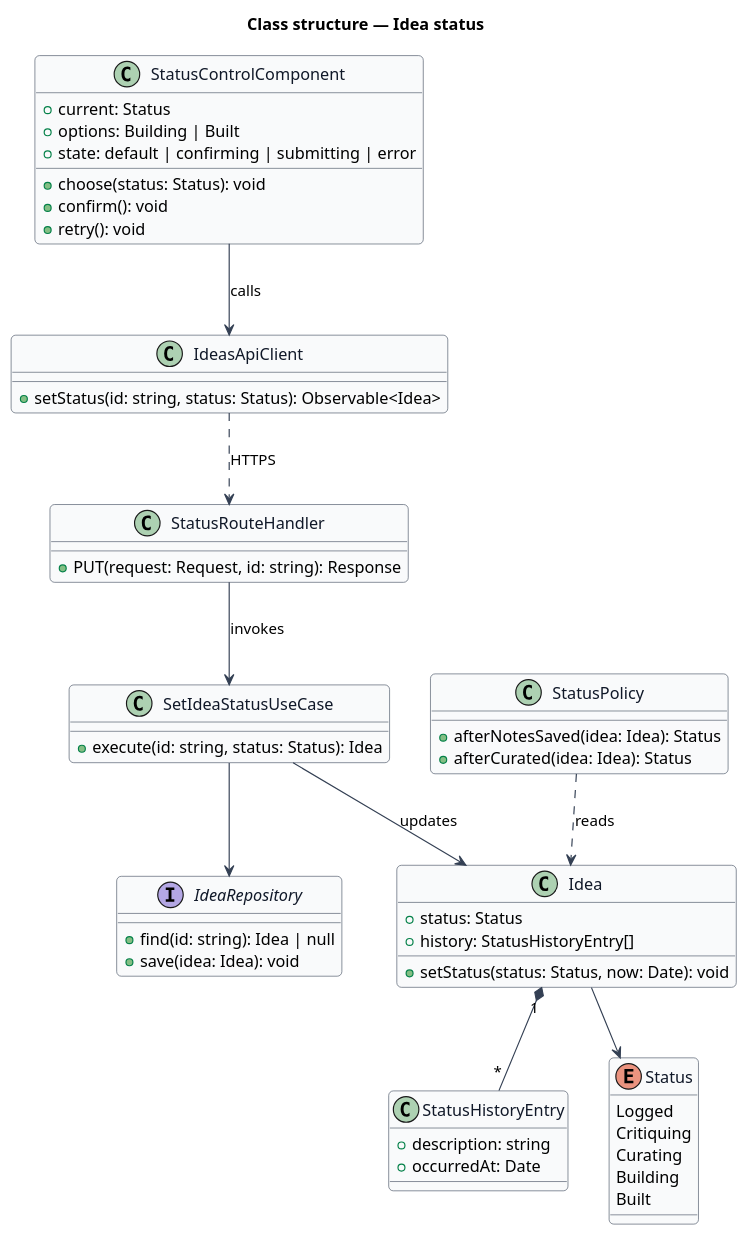
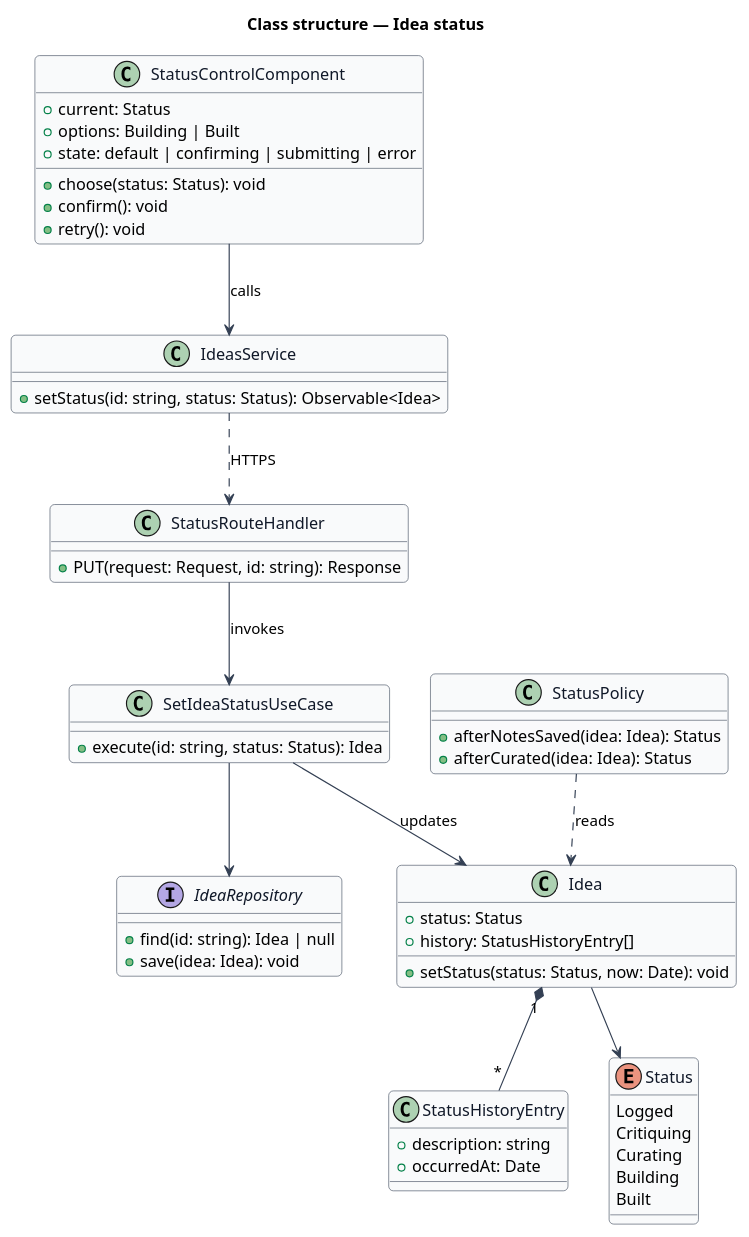
The diagram in docs/detailed-designs/ideas/idea-status/diagrams/class-structure.puml (QuinntyneBrown/cullr), drawn with PlantUML before and after one commit. The commit also changed 231 other files, not shown here.

```diff
--- a/docs/detailed-designs/ideas/idea-status/diagrams/class-structure.puml
+++ b/docs/detailed-designs/ideas/idea-status/diagrams/class-structure.puml
@@ -1,63 +1,63 @@
 @startuml
 skinparam backgroundColor #FFFFFF
 skinparam shadowing false
 skinparam roundcorner 8
 skinparam defaultFontName Arial
 skinparam ArrowColor #344054
 skinparam class {
   BorderColor #344054
   FontColor #101828
   BackgroundColor #F9FAFB
 }
 title Class structure — Idea status
 
 class StatusControlComponent {
   +current: Status
   +options: Building | Built
   +state: default | confirming | submitting | error
   +choose(status: Status): void
   +confirm(): void
   +retry(): void
 }
-class IdeasApiClient {
+class IdeasService {
   +setStatus(id: string, status: Status): Observable<Idea>
 }
 class StatusRouteHandler {
   +PUT(request: Request, id: string): Response
 }
 class SetIdeaStatusUseCase {
   +execute(id: string, status: Status): Idea
 }
 class Idea {
   +status: Status
   +history: StatusHistoryEntry[]
   +setStatus(status: Status, now: Date): void
 }
 class StatusHistoryEntry {
   +description: string
   +occurredAt: Date
 }
 class StatusPolicy {
   +afterNotesSaved(idea: Idea): Status
   +afterCurated(idea: Idea): Status
 }
 enum Status {
   Logged
   Critiquing
   Curating
   Building
   Built
 }
 interface IdeaRepository {
   +find(id: string): Idea | null
   +save(idea: Idea): void
 }
-StatusControlComponent --> IdeasApiClient : calls
-IdeasApiClient ..> StatusRouteHandler : HTTPS
+StatusControlComponent --> IdeasService : calls
+IdeasService ..> StatusRouteHandler : HTTPS
 StatusRouteHandler --> SetIdeaStatusUseCase : invokes
 SetIdeaStatusUseCase --> Idea : updates
 SetIdeaStatusUseCase --> IdeaRepository
 Idea "1" *-- "*" StatusHistoryEntry
 Idea --> Status
 StatusPolicy ..> Idea : reads
 @enduml
```
